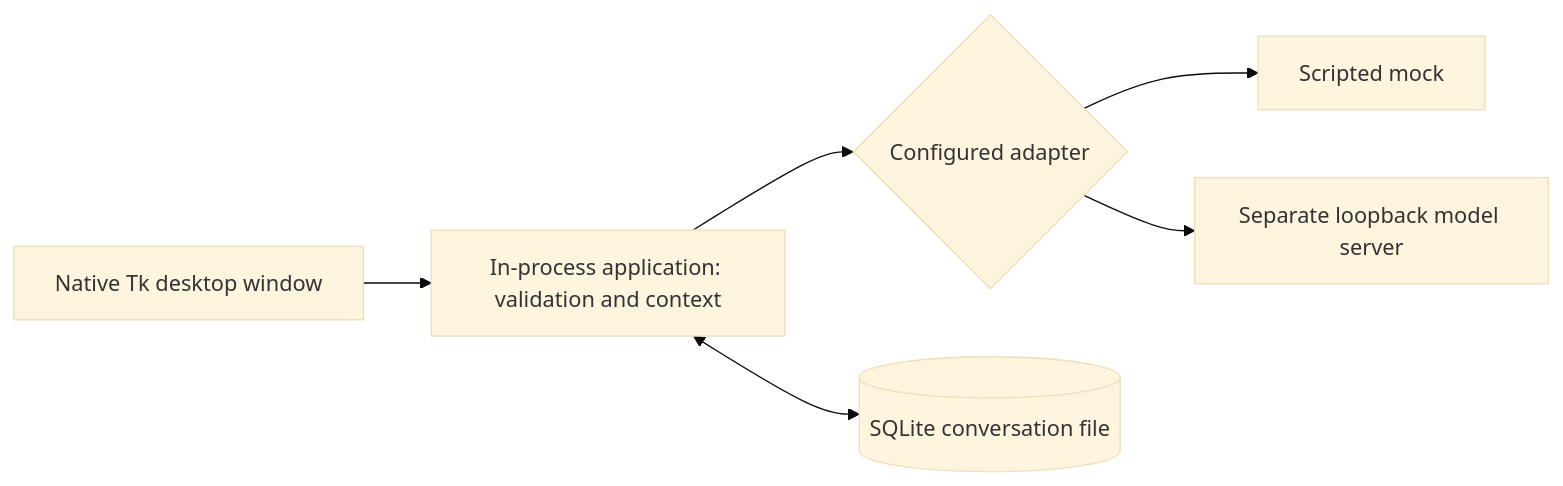
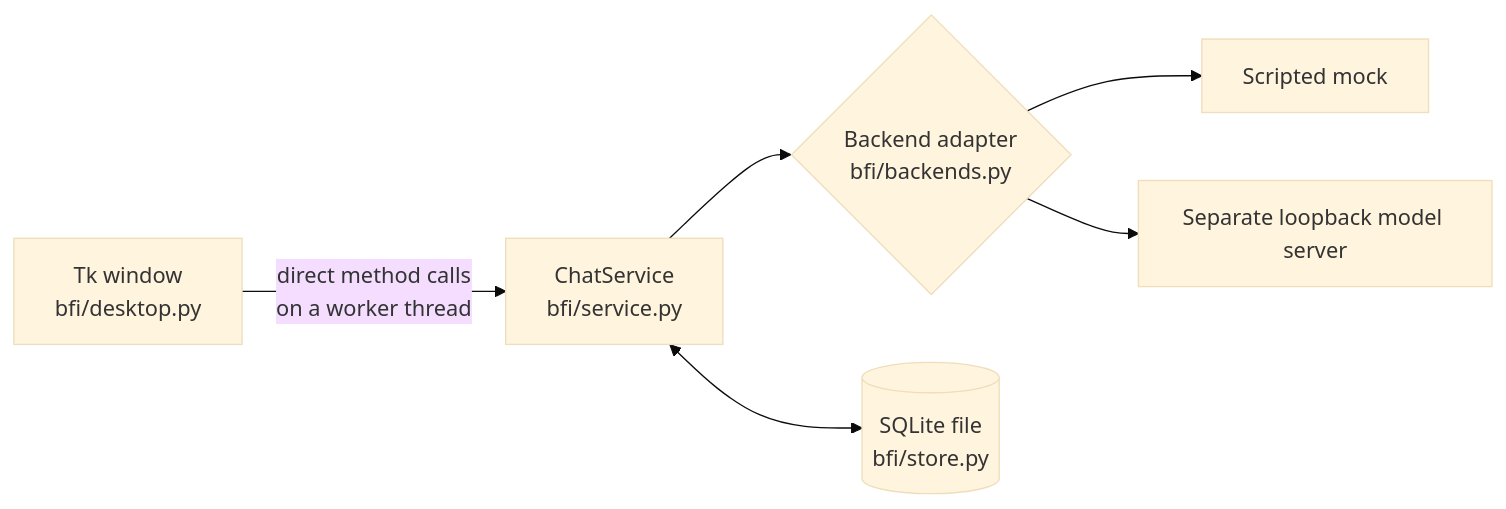
One commit to Mallow99/Personality-Playground changed the diagram in docs/architecture.md. Above: the diagram before and after it, drawn with Mermaid (base theme). The commit also changed other lines of this file and 9 other files, not shown here.

First line of the commit message:
Put the project on one track: roadmap, task cards, and current docs

````diff
--- a/docs/architecture.md
+++ b/docs/architecture.md
@@ -9,8 +9,8 @@
 ```mermaid
 flowchart LR
-    UI[Native Tk desktop window] --> App[In-process application: validation and context]
-    App --> Adapter{Configured adapter}
+    UI["Tk window<br/>bfi/desktop.py"] -->|direct method calls<br/>on a worker thread| Service["ChatService<br/>bfi/service.py"]
+    Service --> Adapter{"Backend adapter<br/>bfi/backends.py"}
     Adapter --> Mock[Scripted mock]
     Adapter --> Local[Separate loopback model server]
-    App <--> DB[(SQLite conversation file)]
+    Service <--> DB[("SQLite file<br/>bfi/store.py")]
 ```
````
